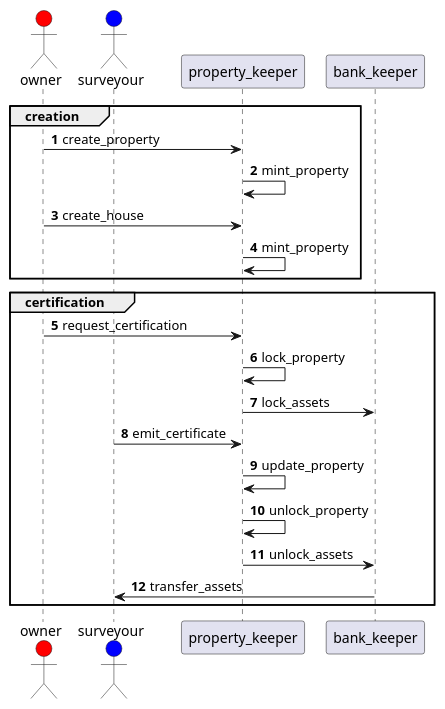
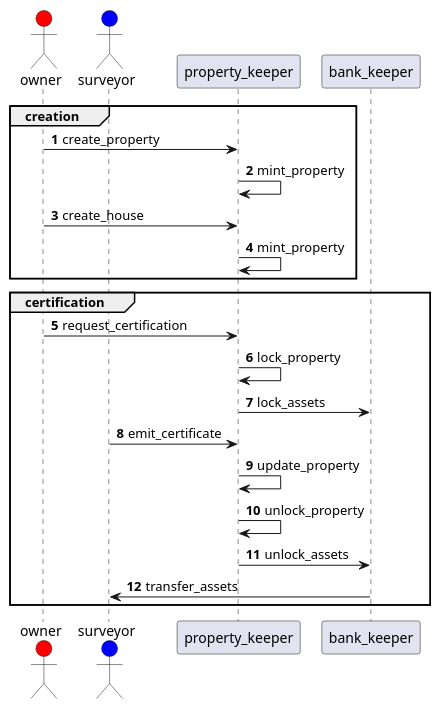
One commit to rafaelsousa/realestate changed the diagram in docs/create_property.puml. Above: the diagram before and after it, drawn with PlantUML. The commit also changed 5 other files, not shown here.

```diff
--- a/docs/create_property.puml
+++ b/docs/create_property.puml
@@ -1,30 +1,30 @@
 @startuml
 'https://plantuml.com/sequence-diagram
 
 autonumber
 
 actor owner #red
-actor surveyour #blue
+actor surveyor #blue
 
 
 group creation
     owner -> property_keeper    : create_property
     property_keeper -> property_keeper : mint_property
 
     owner -> property_keeper    : create_house
     property_keeper -> property_keeper : mint_property
 end
 
 group certification
     owner -> property_keeper : request_certification
     property_keeper -> property_keeper : lock_property
     property_keeper -> bank_keeper : lock_assets
 
-    surveyour -> property_keeper : emit_certificate
+    surveyor -> property_keeper : emit_certificate
     property_keeper -> property_keeper : update_property
     property_keeper -> property_keeper : unlock_property
     property_keeper -> bank_keeper : unlock_assets
-    bank_keeper -> surveyour : transfer_assets
+    bank_keeper -> surveyor : transfer_assets
 end
 
 @enduml
```
